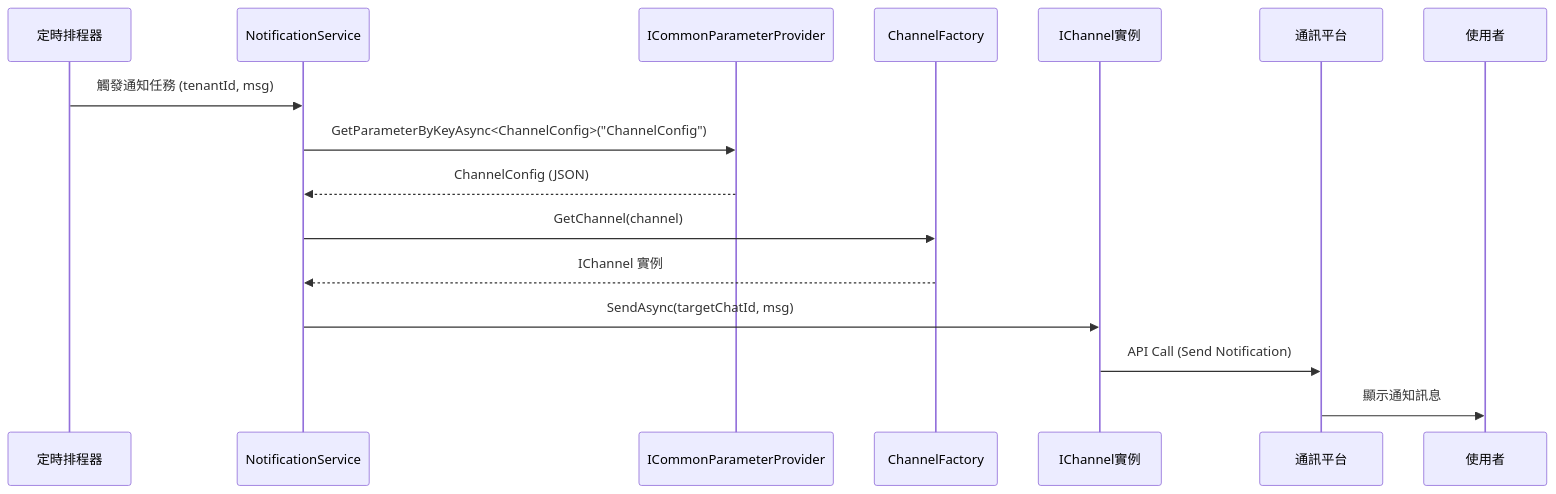
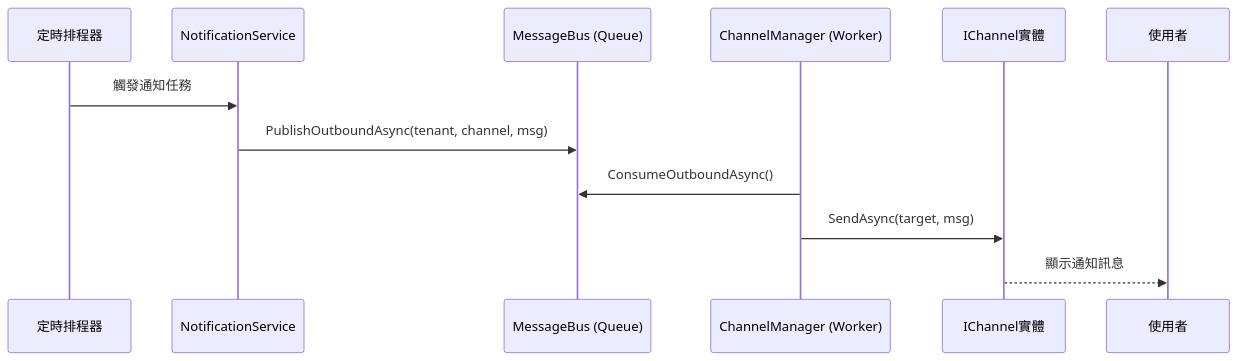
One commit to bruceagentadmin/MessageHub changed the fifth of 5 diagrams in docs/source_req/CHANNEL_SYSTEM_CS_MULTITENANT.md. Above: the diagram before and after it, drawn with Mermaid. The commit also changed other lines of this file and 32 other files, not shown here.

Commit message:
feat: Implement initial message hub architecture with core models, channel infrastructure, API webhooks, application services, and unit tests.

````diff
--- a/docs/source_req/CHANNEL_SYSTEM_CS_MULTITENANT.md
+++ b/docs/source_req/CHANNEL_SYSTEM_CS_MULTITENANT.md
@@ -130,19 +159,15 @@
 ```mermaid
 sequenceDiagram
     participant Cron as 定時排程器
     participant NS as NotificationService
-    participant PP as ICommonParameterProvider
-    participant CF as ChannelFactory
-    participant Ch as IChannel實例
-    participant Plat as 通訊平台
+    participant Bus as MessageBus (Queue)
+    participant CM as ChannelManager (Worker)
+    participant Ch as IChannel實體
     participant User as 使用者
 
-    Cron->>NS: 觸發通知任務 (tenantId, msg)
-    NS->>PP: GetParameterByKeyAsync<ChannelConfig>("ChannelConfig")
-    PP-->>NS: ChannelConfig (JSON)
-    NS->>CF: GetChannel(channel)
-    CF-->>NS: IChannel 實例
-    NS->>Ch: SendAsync(targetChatId, msg)
-    Ch->>Plat: API Call (Send Notification)
-    Plat->>User: 顯示通知訊息
+    Cron->>NS: 觸發通知任務
+    NS->>Bus: PublishOutboundAsync(tenant, channel, msg)
+    CM->>Bus: ConsumeOutboundAsync()
+    CM->>Ch: SendAsync(target, msg)
+    Ch-->>User: 顯示通知訊息
 ```
````
